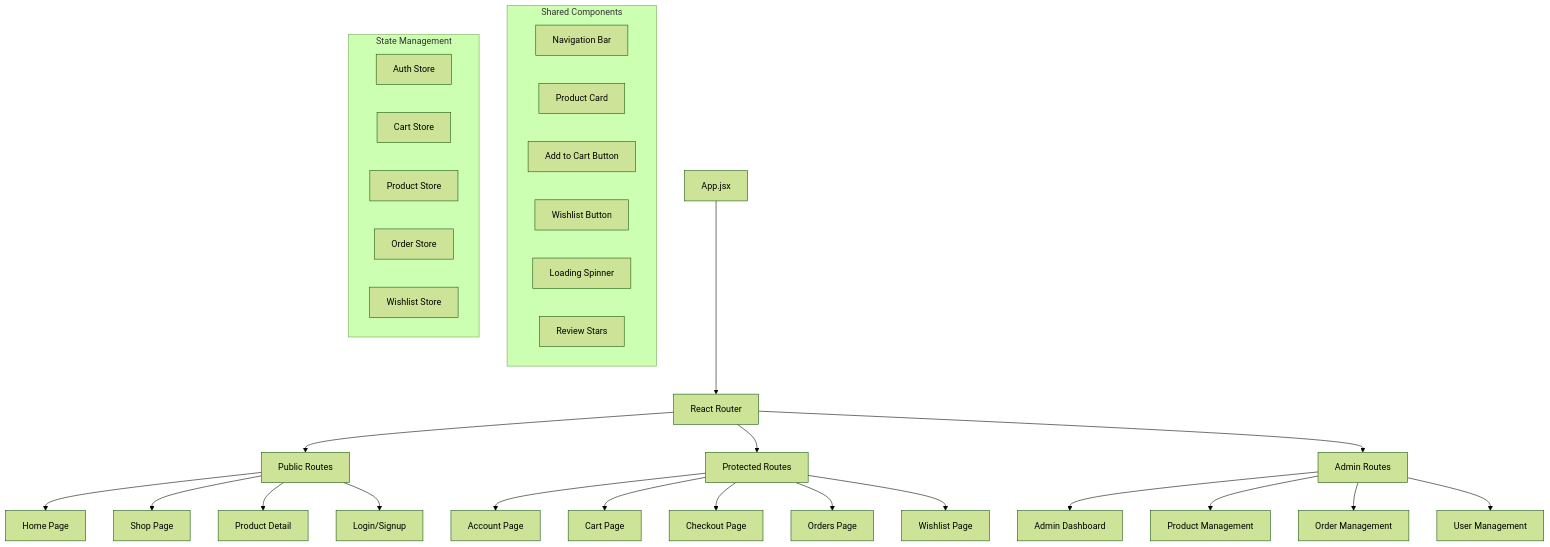
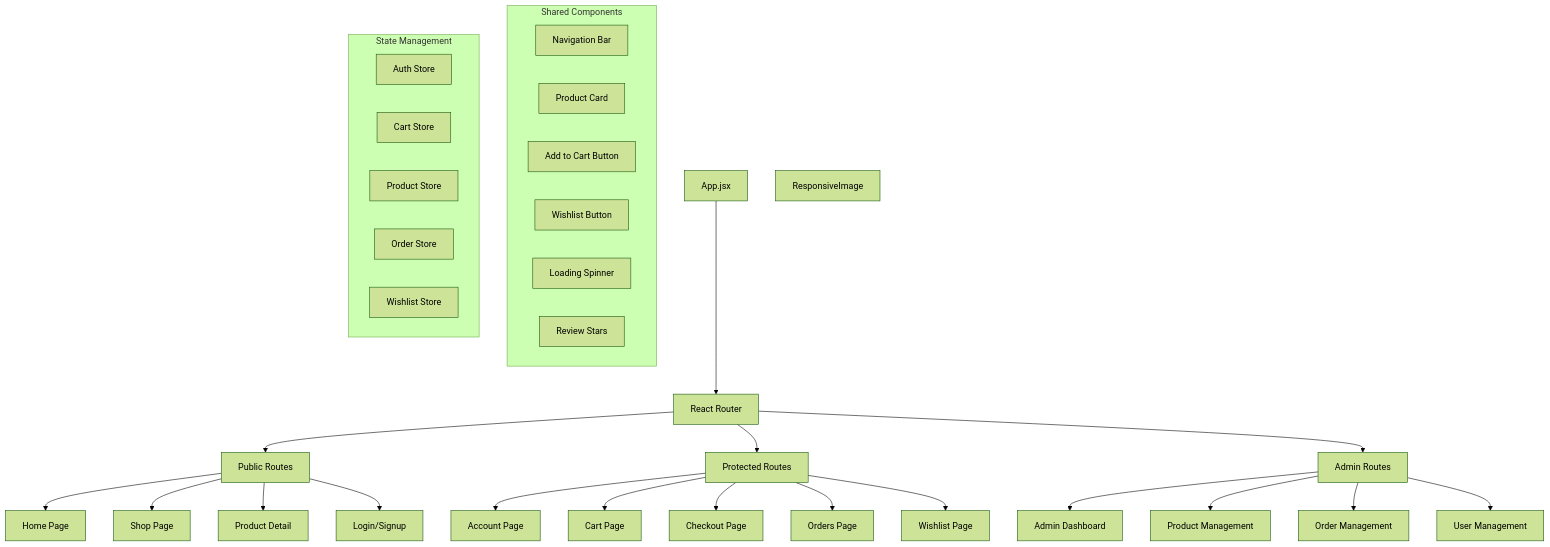
One commit to anathema43/diamo changed the tenth of 14 diagrams in ARCHITECTURE_DIAGRAMS.md. Above: the diagram before and after it, drawn with Mermaid (forest theme). The commit also changed 2 other files, not shown here.

````diff
--- a/ARCHITECTURE_DIAGRAMS.md
+++ b/ARCHITECTURE_DIAGRAMS.md
@@ -387,41 +387,42 @@
 ```mermaid
 graph TD
     App[App.jsx] --> Router[React Router]
     
     Router --> PublicRoutes[Public Routes]
     Router --> ProtectedRoutes[Protected Routes]
     Router --> AdminRoutes[Admin Routes]
     
     PublicRoutes --> Home[Home Page]
     PublicRoutes --> Shop[Shop Page]
     PublicRoutes --> ProductDetail[Product Detail]
     PublicRoutes --> Login[Login/Signup]
     
     ProtectedRoutes --> Account[Account Page]
     ProtectedRoutes --> Cart[Cart Page]
     ProtectedRoutes --> Checkout[Checkout Page]
     ProtectedRoutes --> Orders[Orders Page]
     ProtectedRoutes --> Wishlist[Wishlist Page]
     
     AdminRoutes --> AdminDashboard[Admin Dashboard]
     AdminRoutes --> ProductManagement[Product Management]
     AdminRoutes --> OrderManagement[Order Management]
     AdminRoutes --> UserManagement[User Management]
     
     subgraph "Shared Components"
         Navbar[Navigation Bar]
         ProductCard[Product Card]
         AddToCartButton[Add to Cart Button]
         WishlistButton[Wishlist Button]
         LoadingSpinner[Loading Spinner]
         ReviewStars[Review Stars]
     end
+        W[ResponsiveImage]
     
     subgraph "State Management"
         AuthStore[Auth Store]
         CartStore[Cart Store]
         ProductStore[Product Store]
         OrderStore[Order Store]
         WishlistStore[Wishlist Store]
     end
 ```
````
